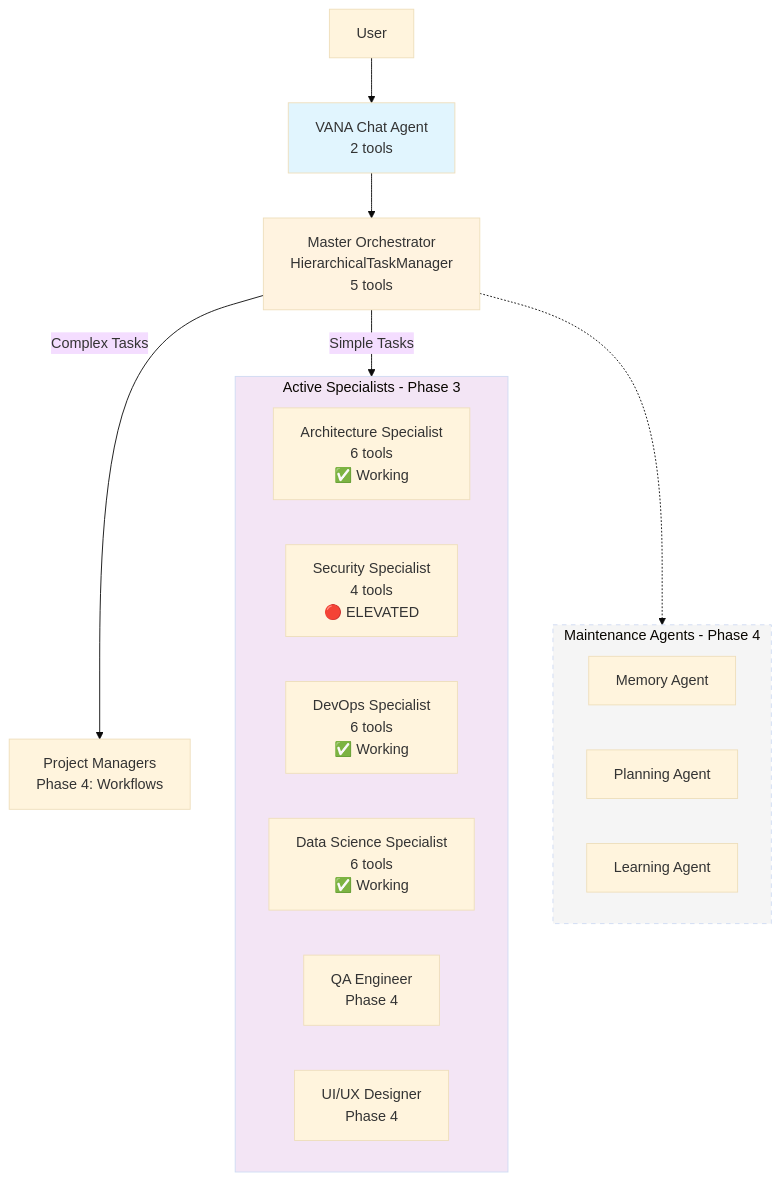
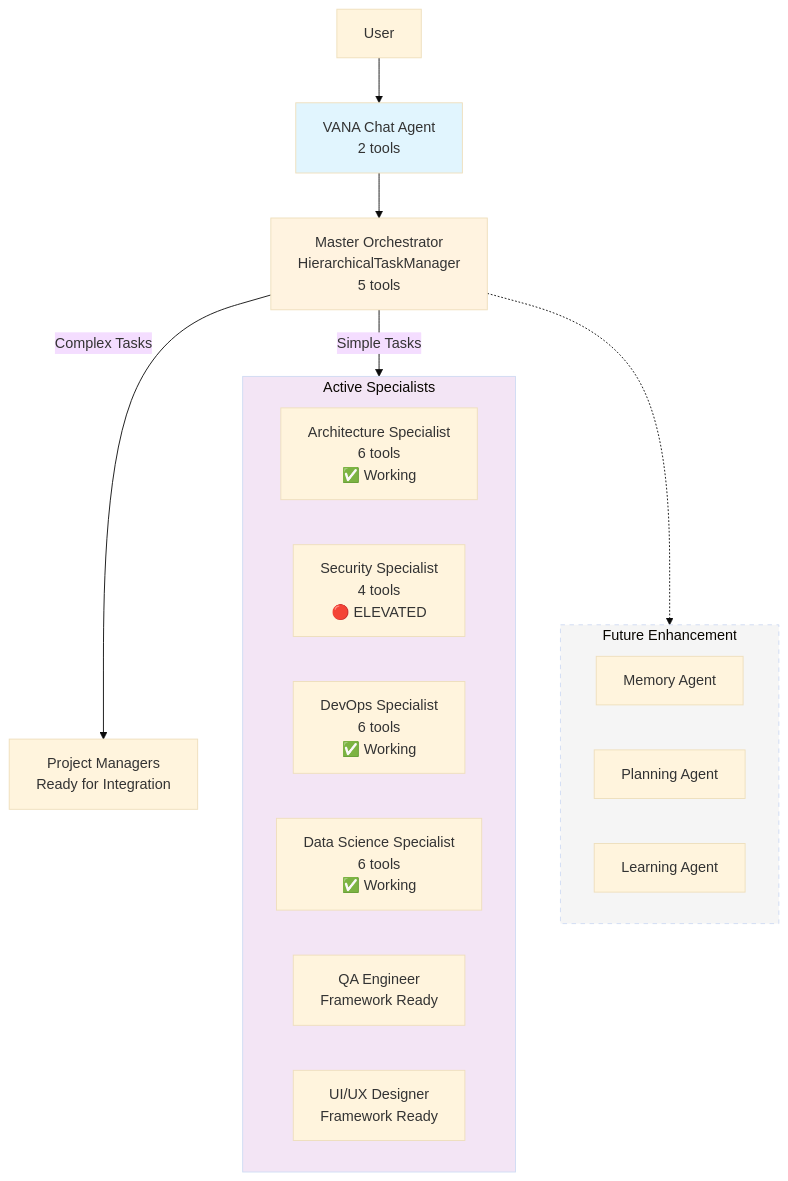
Before and after one commit to NickB03/vana: the first of 3 diagrams in README.md, drawn with Mermaid (base theme). The commit also changed other lines of this file and 2 other files, not shown here.

````diff
--- a/README.md
+++ b/README.md
@@ -193,30 +193,30 @@
 ```mermaid
 graph TD
     User[User] --> VANA[VANA Chat Agent<br/>2 tools]
     VANA --> MO[Master Orchestrator<br/>HierarchicalTaskManager<br/>5 tools]
     
     MO --> |Simple Tasks| Specialists
-    MO --> |Complex Tasks| PM[Project Managers<br/>Phase 4: Workflows]
+    MO --> |Complex Tasks| PM[Project Managers<br/>Ready for Integration]
     
-    subgraph Specialists[Active Specialists - Phase 3]
+    subgraph Specialists[Active Specialists]
         ARCH[Architecture Specialist<br/>6 tools<br/>✅ Working]
         SEC[Security Specialist<br/>4 tools<br/>🔴 ELEVATED]
         DO[DevOps Specialist<br/>6 tools<br/>✅ Working]
         DS[Data Science Specialist<br/>6 tools<br/>✅ Working]
-        QA[QA Engineer<br/>Phase 4]
-        UI[UI/UX Designer<br/>Phase 4]
+        QA[QA Engineer<br/>Framework Ready]
+        UI[UI/UX Designer<br/>Framework Ready]
     end
     
-    subgraph Maintenance[Maintenance Agents - Phase 4]
+    subgraph Maintenance[Future Enhancement]
         MA[Memory Agent]
         PA[Planning Agent]
         LA[Learning Agent]
     end
     
     MO -.-> Maintenance
     
     style VANA fill:#e1f5fe
     style MO fill:#fff3e0
     style Specialists fill:#f3e5f5
     style Maintenance fill:#f5f5f5,stroke-dasharray: 5 5
 ```
````
